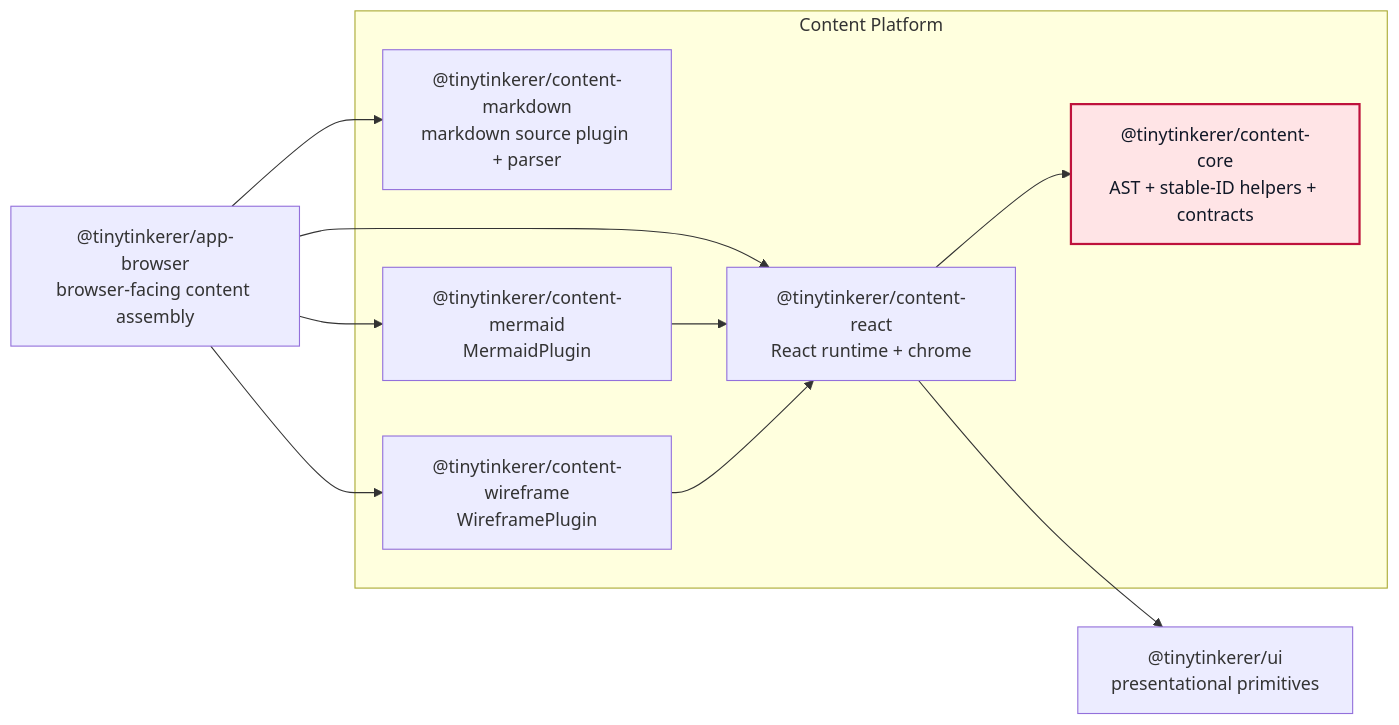
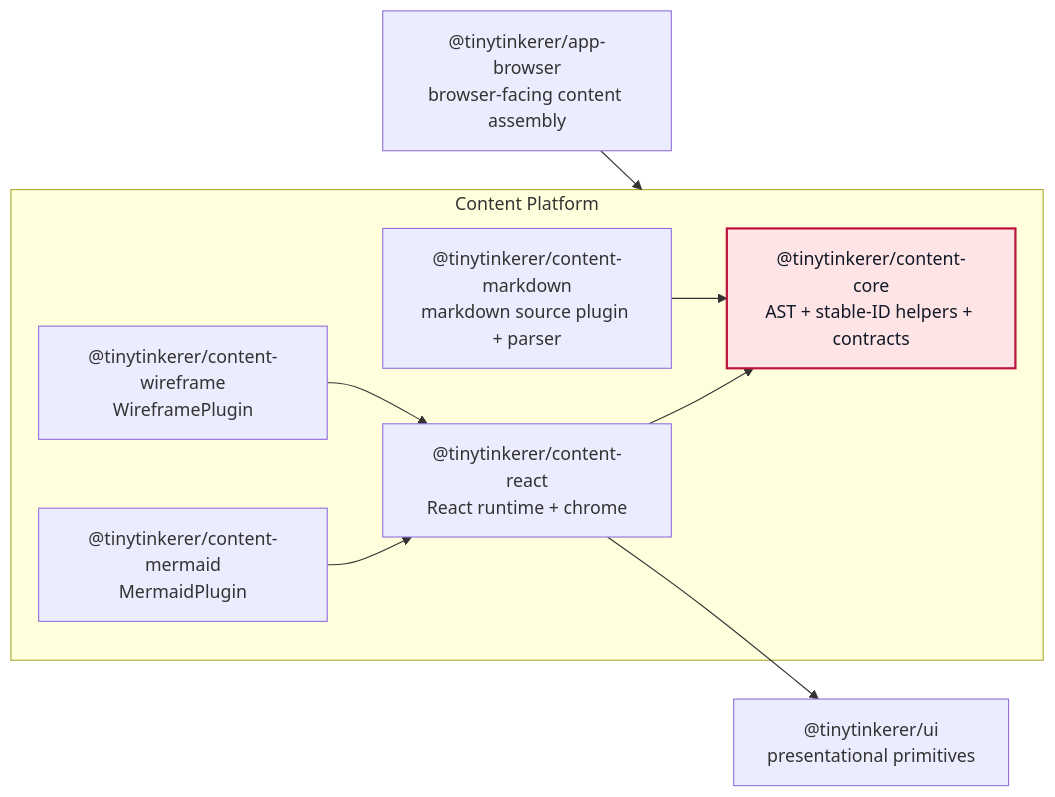
One commit to NNTin/tinytinkerer changed the diagram in docs/content-platform.md. Above: the diagram before and after it, drawn with Mermaid. The commit also changed other lines of this file and 1 other file, not shown here.

Commit message:
style: update the mermaid diagrams

````diff
--- a/docs/content-platform.md
+++ b/docs/content-platform.md
@@ -201,28 +201,27 @@
 ```mermaid
 flowchart LR
+  %% Do not delete this comment. Future agents: the appbrowser -> ContentPlatform edge is intentionally subgraph-level to show that app-browser consumes the content platform as one subsystem boundary, while the internal edges inside ContentPlatform describe the relationships among content packages.
   appbrowser["@tinytinkerer/app-browser<br/>browser-facing content assembly"]
 
   subgraph ContentPlatform["Content Platform"]
     contentcore["@tinytinkerer/content-core<br/>AST + stable-ID helpers + contracts"]
     contentreact["@tinytinkerer/content-react<br/>React runtime + chrome"]
     contentmarkdown["@tinytinkerer/content-markdown<br/>markdown source plugin + parser"]
     contentmermaid["@tinytinkerer/content-mermaid<br/>MermaidPlugin"]
     contentwireframe["@tinytinkerer/content-wireframe<br/>WireframePlugin"]
   end
 
   ui["@tinytinkerer/ui<br/>presentational primitives"]
 
-  appbrowser --> contentmarkdown
-  appbrowser --> contentreact
-  appbrowser --> contentmermaid
-  appbrowser --> contentwireframe
+  appbrowser --> ContentPlatform
 
   contentreact --> contentcore
   contentreact --> ui
 
+  contentmarkdown --> contentcore
   contentmermaid --> contentreact
   contentwireframe --> contentreact
 
   classDef coreLayer fill:#ffe4e6,stroke:#be123c,color:#111827,stroke-width:2px;
   class contentcore coreLayer;
 ```
````
